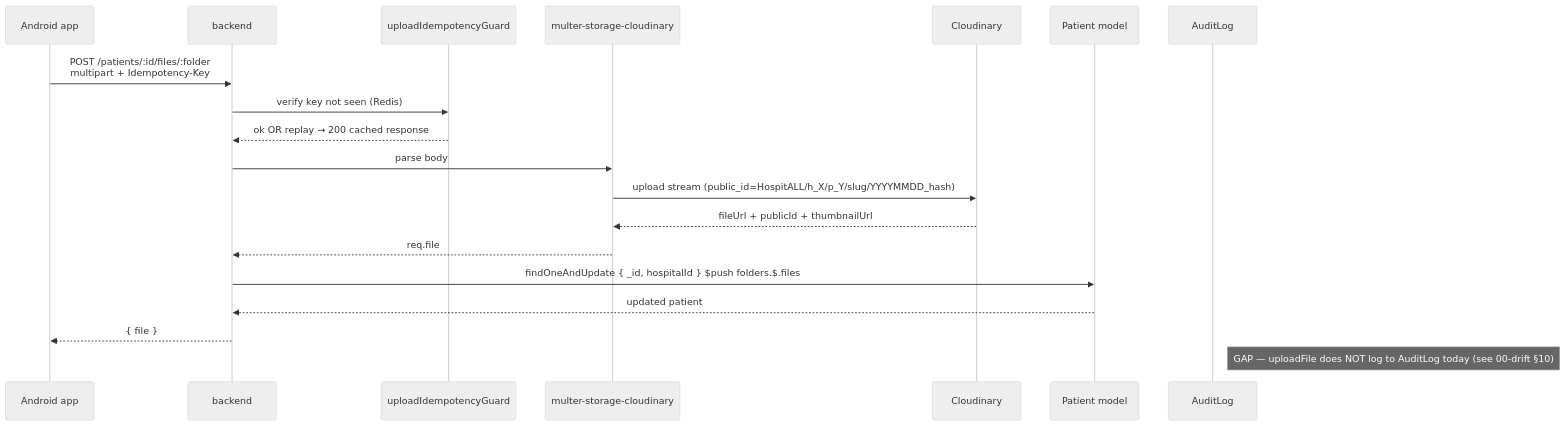
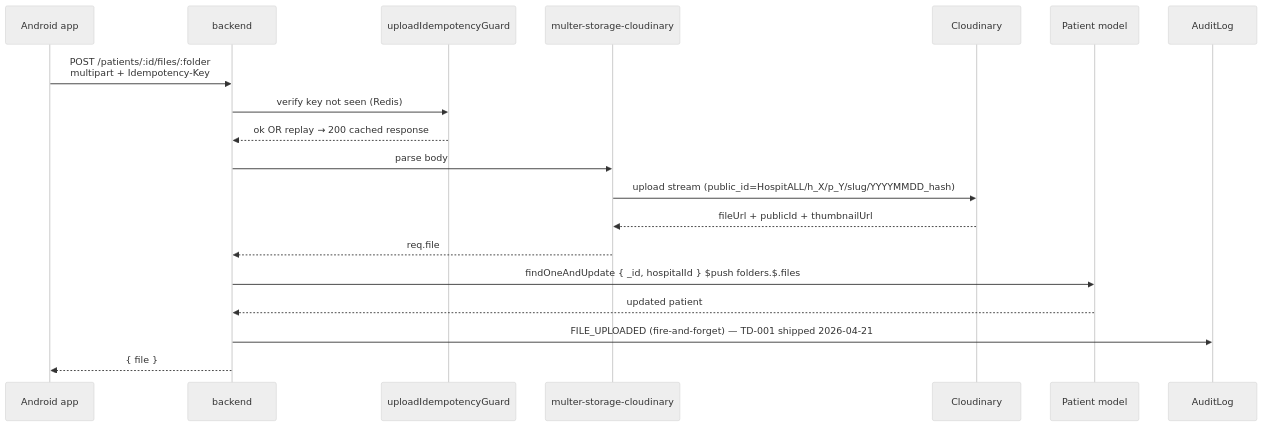
One commit to urvagandhi/Hospital-Management changed the eighth of 30 diagrams in docs/audit/03-architecture-diagrams.md. Above: the diagram before and after it, drawn with Mermaid (neutral theme). The commit also changed other lines of this file and 17 other files, not shown here.

````diff
--- a/docs/audit/03-architecture-diagrams.md
+++ b/docs/audit/03-architecture-diagrams.md
@@ -350,22 +350,22 @@
 ```mermaid
 sequenceDiagram
   participant M as Android app
   participant API as backend
   participant IG as uploadIdempotencyGuard
   participant MU as multer-storage-cloudinary
   participant CL as Cloudinary
   participant PT as Patient model
   participant A as AuditLog
 
   M->>API: POST /patients/:id/files/:folder<br/>multipart + Idempotency-Key
   API->>IG: verify key not seen (Redis)
   IG-->>API: ok OR replay → 200 cached response
   API->>MU: parse body
   MU->>CL: upload stream (public_id=HospitALL/h_X/p_Y/slug/YYYYMMDD_hash)
   CL-->>MU: fileUrl + publicId + thumbnailUrl
   MU-->>API: req.file
   API->>PT: findOneAndUpdate { _id, hospitalId } $push folders.$.files
   PT-->>API: updated patient
+  API->>A: FILE_UPLOADED (fire-and-forget) — TD-001 shipped 2026-04-21
   API-->>M: { file }
-  Note right of A: GAP — uploadFile does NOT log to AuditLog today (see 00-drift §10)
 ```
````
